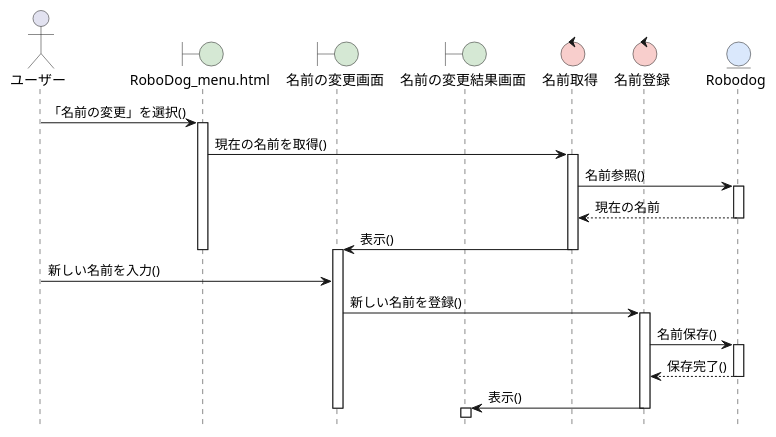
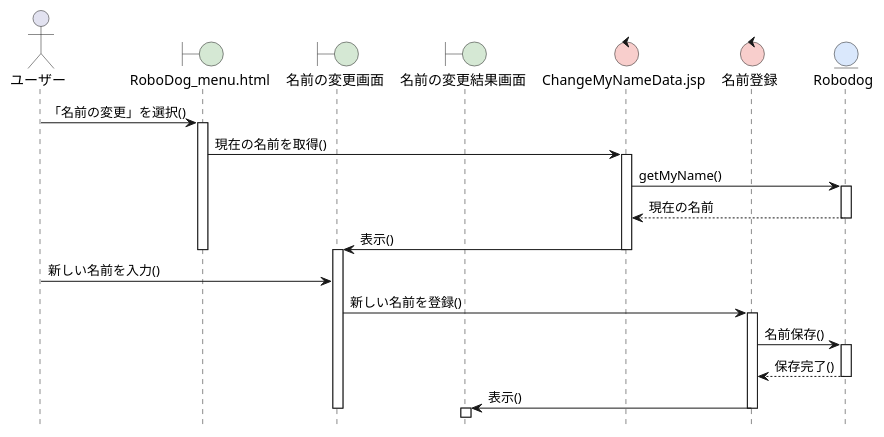
The diagram in 06_robo_dog/sequence_01_change_name.pu (admin1-s/ohara_uml), drawn with PlantUML before and after one commit. The commit also changed 2 other files, not shown here.

```diff
--- a/06_robo_dog/sequence_01_change_name.pu
+++ b/06_robo_dog/sequence_01_change_name.pu
@@ -1,43 +1,43 @@
 @startuml RoboDogシステム-名前変更シーケンス図
 hide footbox
 skinparam boundaryBackgroundColor #D5E8D4
 skinparam controlBackgroundColor  #F8CECC
 skinparam entityBackgroundColor   #DAE8FC
 
 actor ユーザー as A
 boundary "RoboDog_menu.html" as B1
 boundary 名前の変更画面 as B2
 boundary 名前の変更結果画面 as B3
-control 名前取得 as C1
+control "ChangeMyNameData.jsp" as C1
 control 名前登録 as C2
 entity Robodog as E
 
 A -> B1: 「名前の変更」を選択()
 activate B1
 
 B1 -> C1: 現在の名前を取得()
 activate C1
-C1 -> E: 名前参照()
+C1 -> E: getMyName()
 activate E
 E --> C1: 現在の名前
 deactivate E
 C1 -> B2: 表示()
 deactivate C1
 deactivate B1
 activate B2
 
 A -> B2: 新しい名前を入力()
 
 B2 -> C2: 新しい名前を登録()
 activate C2
 C2 -> E: 名前保存()
 activate E
 E --> C2: 保存完了()
 deactivate E
 
 C2 -> B3: 表示()
 deactivate C2
 deactivate B2
 activate B3
 
 @enduml
```
